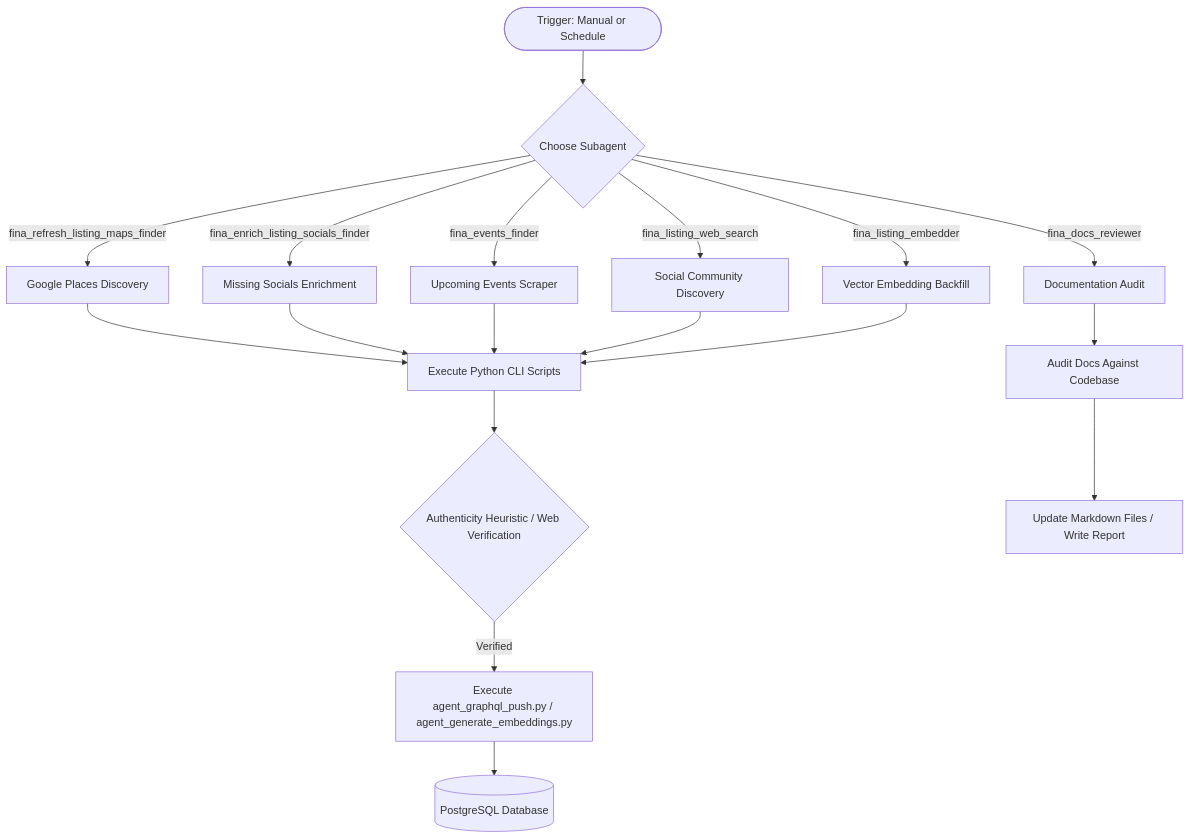
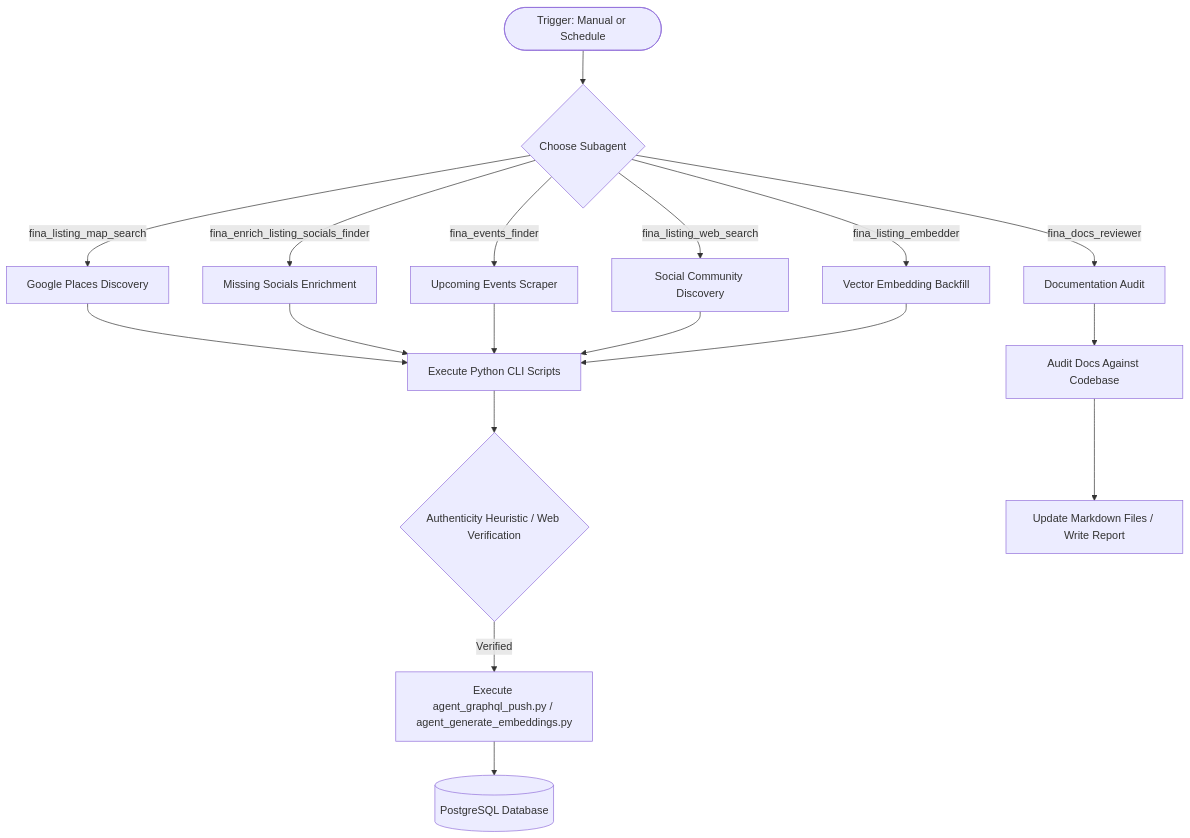
The diagram in AGENTS.md (deriveraryan/fina-agent), drawn with Mermaid before and after one commit. The commit also changed other lines of this file and 19 other files, not shown here.

````diff
--- a/AGENTS.md
+++ b/AGENTS.md
@@ -11,19 +11,19 @@
 ```mermaid
 flowchart TD
     Start(["Trigger: Manual or Schedule"]) --> AgentSelect{"Choose Subagent"}
     
-    AgentSelect -->|fina_refresh_listing_maps_finder| PlacesFlow["Google Places Discovery"]
+    AgentSelect -->|fina_listing_map_search| PlacesFlow["Google Places Discovery"]
     AgentSelect -->|fina_enrich_listing_socials_finder| SocialsFlow["Missing Socials Enrichment"]
     AgentSelect -->|fina_events_finder| EventsFlow["Upcoming Events Scraper"]
     AgentSelect -->|fina_listing_web_search| CommFlow["Social Community Discovery"]
     AgentSelect -->|fina_listing_embedder| EmbedFlow["Vector Embedding Backfill"]
     AgentSelect -->|fina_docs_reviewer| DocsFlow["Documentation Audit"]
 
     %% Shared logic
     PlacesFlow & SocialsFlow & EventsFlow & CommFlow & EmbedFlow --> PythonCLI["Execute Python CLI Scripts"]
     PythonCLI --> Verification{"Authenticity Heuristic / Web Verification"}
     Verification -->|Verified| GQLPush["Execute agent_graphql_push.py / agent_generate_embeddings.py"]
     GQLPush --> PostgreSQL[(PostgreSQL Database)]
     DocsFlow --> AuditDocs["Audit Docs Against Codebase"]
     AuditDocs --> UpdateDocs["Update Markdown Files / Write Report"]
 ```
````
